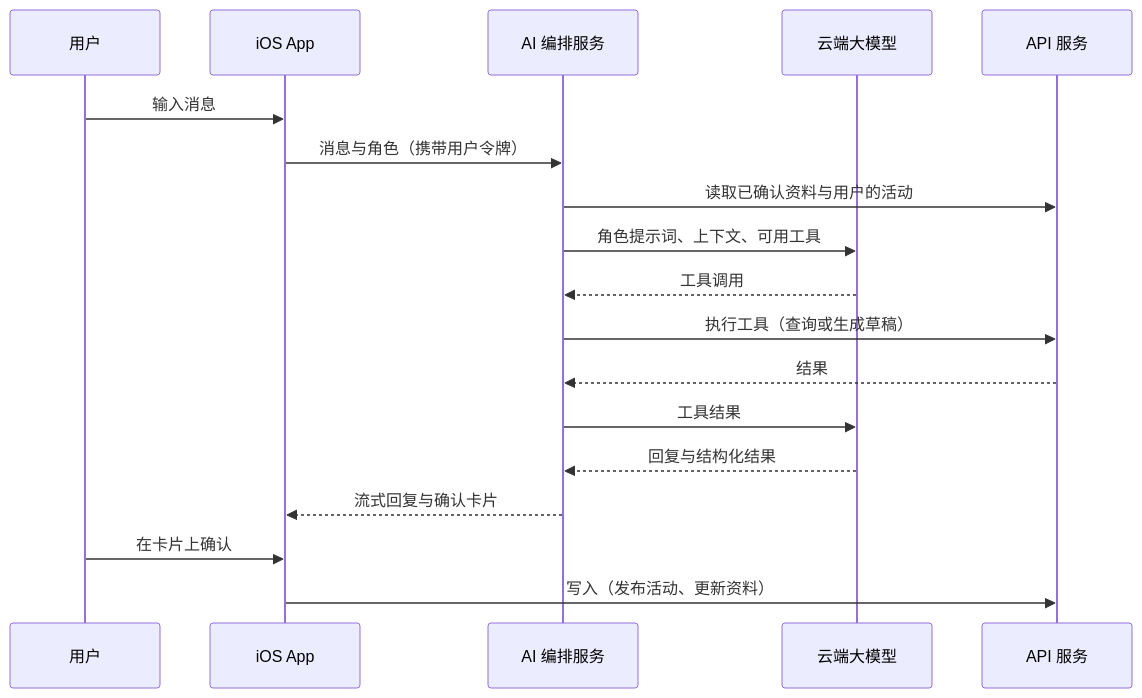
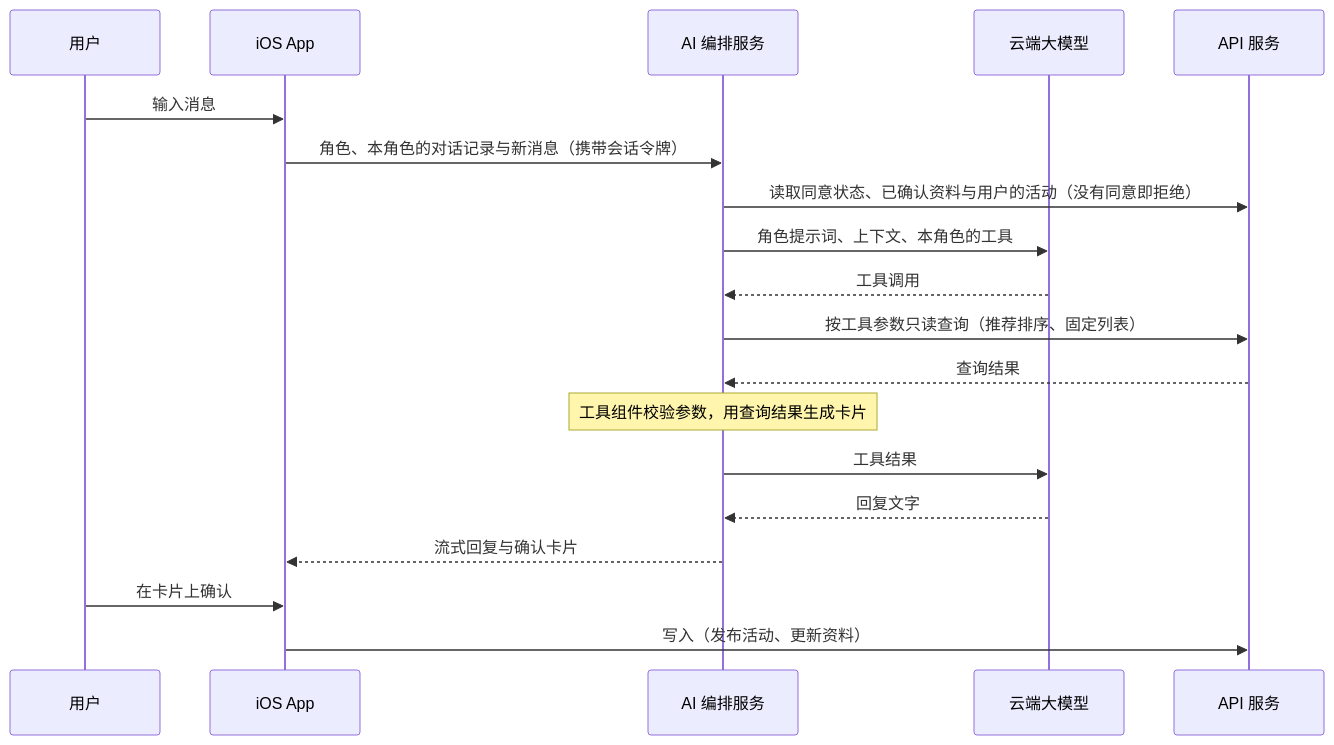
Before and after one commit to Ciri101/FESTIVA: the third of 5 diagrams in truth/FESTIVA-工程架构文档.md, drawn with Mermaid. The commit also changed other lines of this file and 19 other files, not shown here.

````diff
--- a/truth/FESTIVA-工程架构文档.md
+++ b/truth/FESTIVA-工程架构文档.md
@@ -253,20 +253,21 @@
 ```mermaid
 sequenceDiagram
   participant U as 用户
   participant App as iOS App
   participant AI as AI 编排服务
   participant LLM as 云端大模型
   participant API as API 服务
   U->>App: 输入消息
-  App->>AI: 消息与角色（携带用户令牌）
-  AI->>API: 读取已确认资料与用户的活动
-  AI->>LLM: 角色提示词、上下文、可用工具
+  App->>AI: 角色、本角色的对话记录与新消息（携带会话令牌）
+  AI->>API: 读取同意状态、已确认资料与用户的活动（没有同意即拒绝）
+  AI->>LLM: 角色提示词、上下文、本角色的工具
   LLM-->>AI: 工具调用
-  AI->>API: 执行工具（查询或生成草稿）
-  API-->>AI: 结果
+  AI->>API: 按工具参数只读查询（推荐排序、固定列表）
+  API-->>AI: 查询结果
+  Note over AI: 工具组件校验参数，用查询结果生成卡片
   AI->>LLM: 工具结果
-  LLM-->>AI: 回复与结构化结果
+  LLM-->>AI: 回复文字
   AI-->>App: 流式回复与确认卡片
   U->>App: 在卡片上确认
   App->>API: 写入（发布活动、更新资料）
 ```
````
